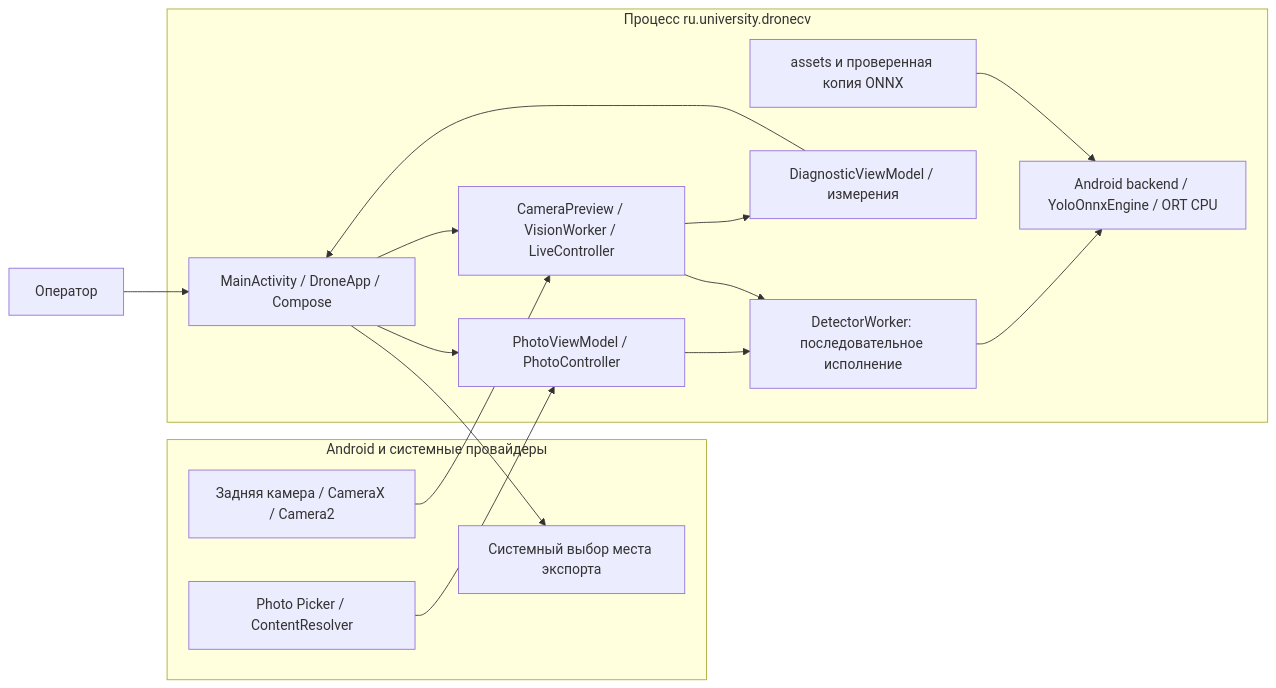
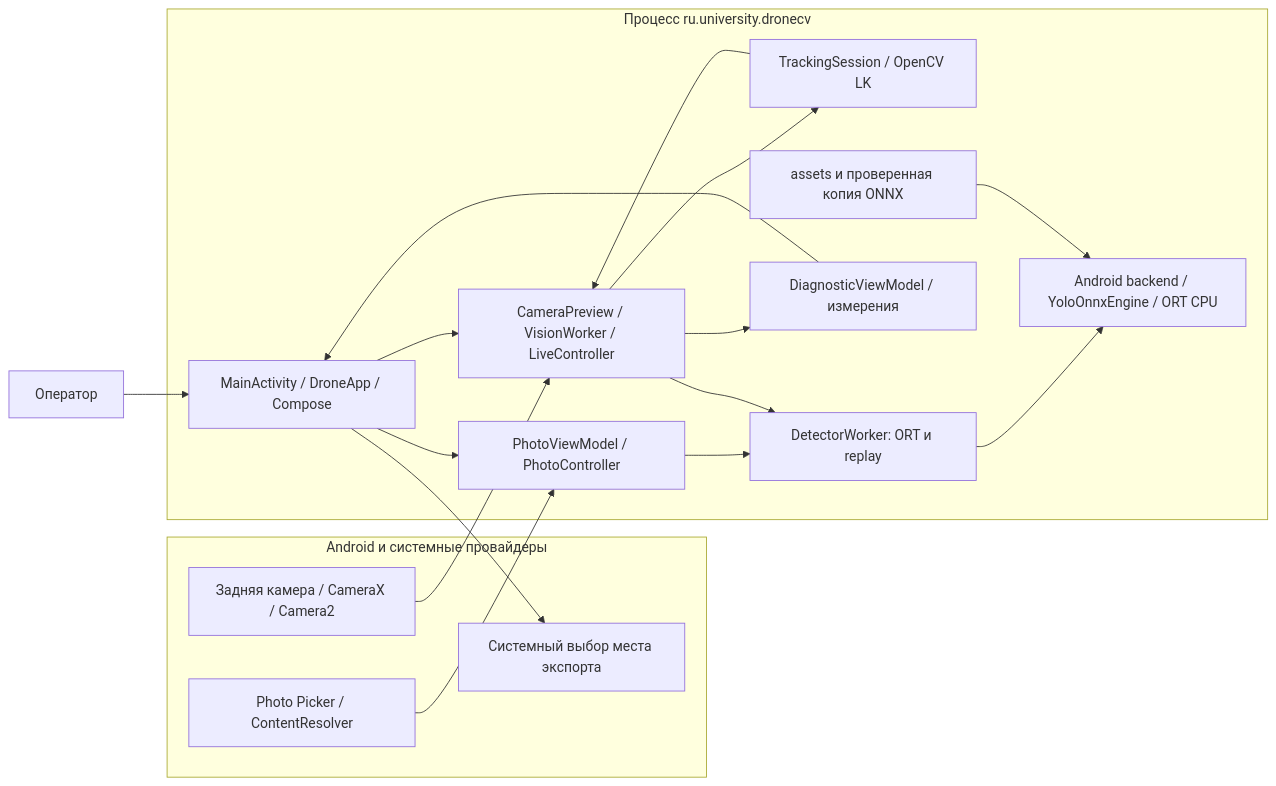
One commit to Kr1st10/drone-cv-android-prototype changed the diagram in docs/architecture/overview.md. Above: the diagram before and after it, drawn with Mermaid. The commit also changed other lines of this file and 34 other files, not shown here.

Commit message:
feat: track live camera targets between YOLO checks

````diff
--- a/docs/architecture/overview.md
+++ b/docs/architecture/overview.md
@@ -9,29 +9,32 @@
 ```mermaid
 flowchart LR
     User[Оператор] --> UI
     subgraph OS[Android и системные провайдеры]
         Picker[Photo Picker / ContentResolver]
         Camera[Задняя камера / CameraX / Camera2]
         Documents[Системный выбор места экспорта]
     end
     subgraph App[Процесс ru.university.dronecv]
         UI[MainActivity / DroneApp / Compose]
         Photo[PhotoViewModel / PhotoController]
         Live[CameraPreview / VisionWorker / LiveController]
-        Worker[DetectorWorker: последовательное исполнение]
+        Track[TrackingSession / OpenCV LK]
+        Worker[DetectorWorker: ORT и replay]
         Engine[Android backend / YoloOnnxEngine / ORT CPU]
         Diag[DiagnosticViewModel / измерения]
         Model[assets и проверенная копия ONNX]
         UI --> Photo
         UI --> Live
         Photo --> Worker
         Live --> Worker
+        Live --> Track
+        Track --> Live
         Worker --> Engine
         Model --> Engine
         Live --> Diag
         Diag --> UI
     end
     Picker --> Photo
     Camera --> Live
     UI --> Documents
 ```
````
